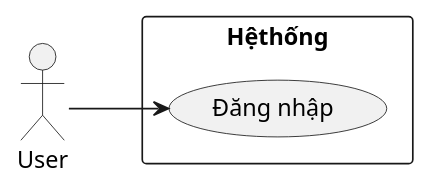
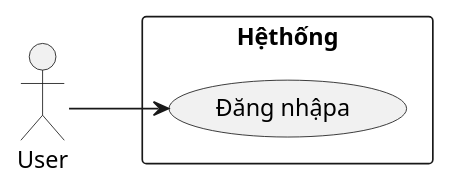
The diagram in docs/umls/usecase/login.puml (X-thien/VanHuy), drawn with PlantUML before and after one commit.

```diff
--- a/docs/umls/usecase/login.puml
+++ b/docs/umls/usecase/login.puml
@@ -1,12 +1,12 @@
 @startuml
 left to right direction
 
 actor User as User
 
 rectangle Hệthống {
-  usecase "Đăng nhập" as Login
+  usecase "Đăng nhậpa" as Login
 }
 
 User --> Login 
 
 @enduml
```
